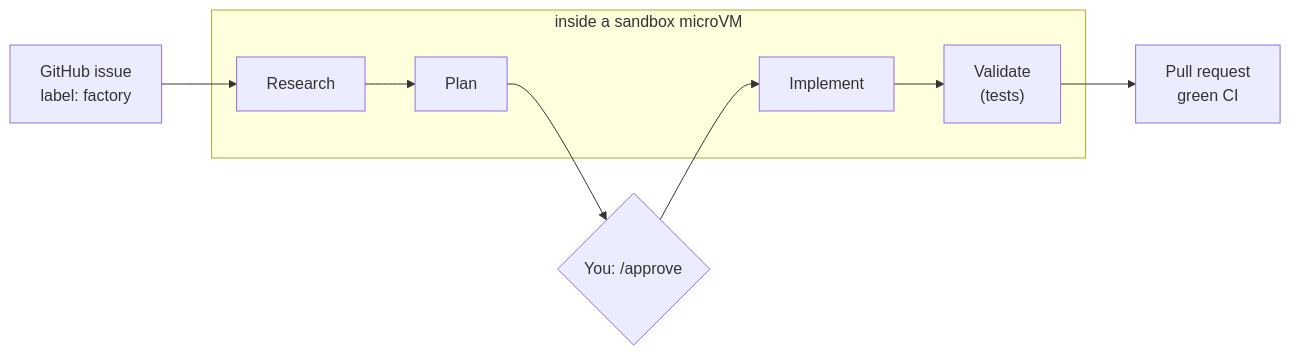
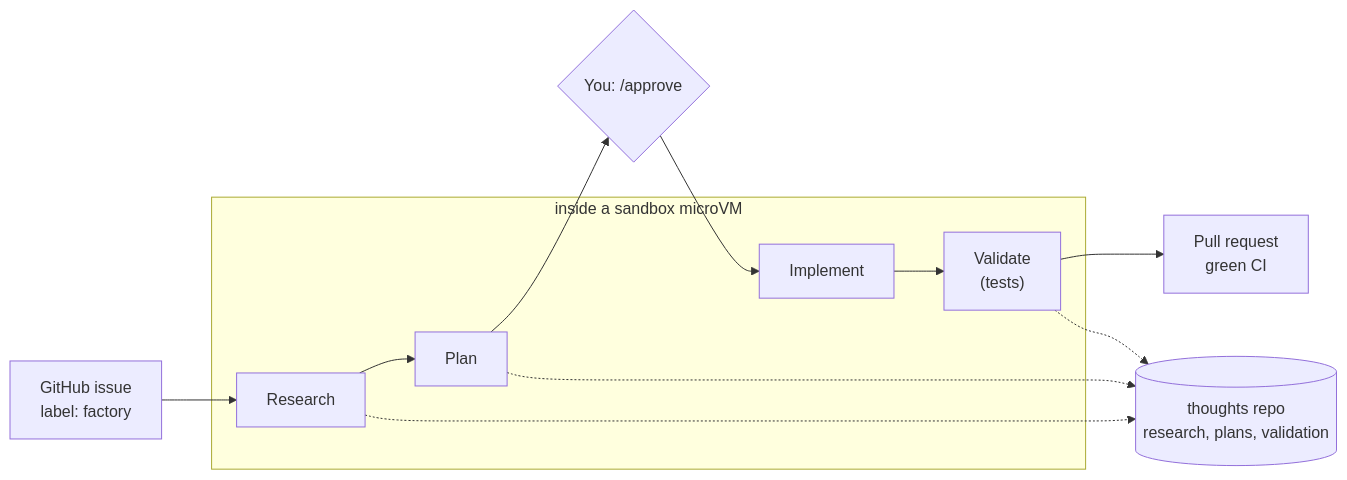
Before and after one commit to morri5/software-factory: the first of 3 diagrams in README.md, drawn with Mermaid. The commit also changed other lines of this file and 1 other file, not shown here.

````diff
--- a/README.md
+++ b/README.md
@@ -20,15 +21,18 @@
 ```mermaid
 flowchart LR
     I["GitHub issue<br/>label: factory"] --> R["Research"]
     R --> P["Plan"]
     P --> A{"You: /approve"}
     A --> IM["Implement"]
     IM --> V["Validate<br/>(tests)"]
     V --> PR["Pull request<br/>green CI"]
+    R -.-> T[("thoughts repo<br/>research, plans, validation")]
+    P -.-> T
+    V -.-> T
     subgraph VM["inside a sandbox microVM"]
         R
         P
         IM
         V
     end
 ```
````
